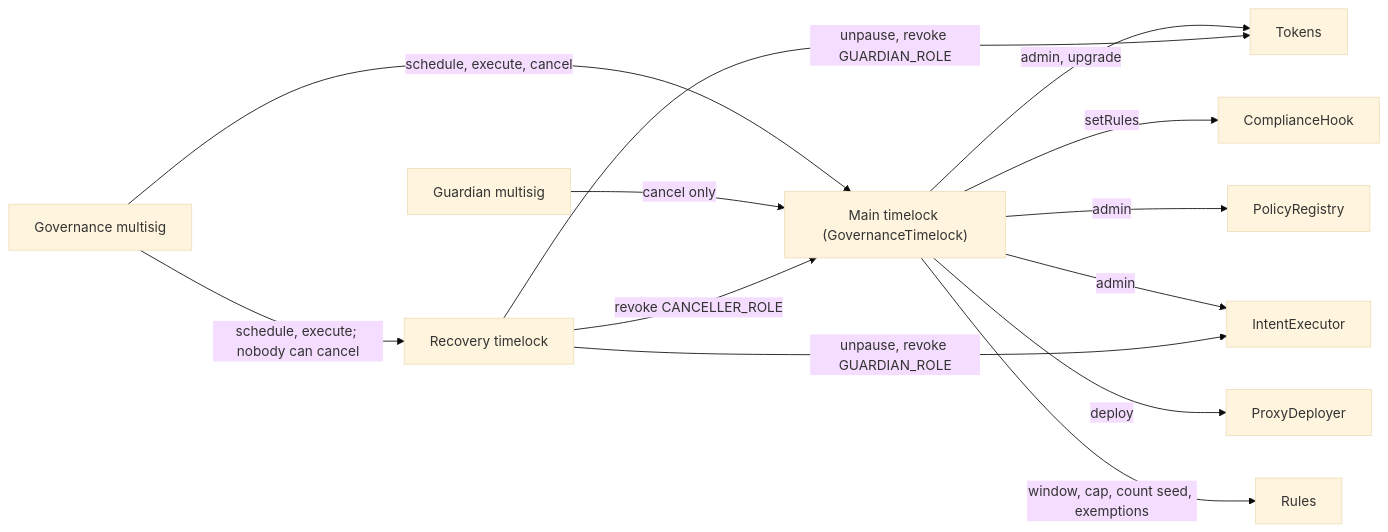
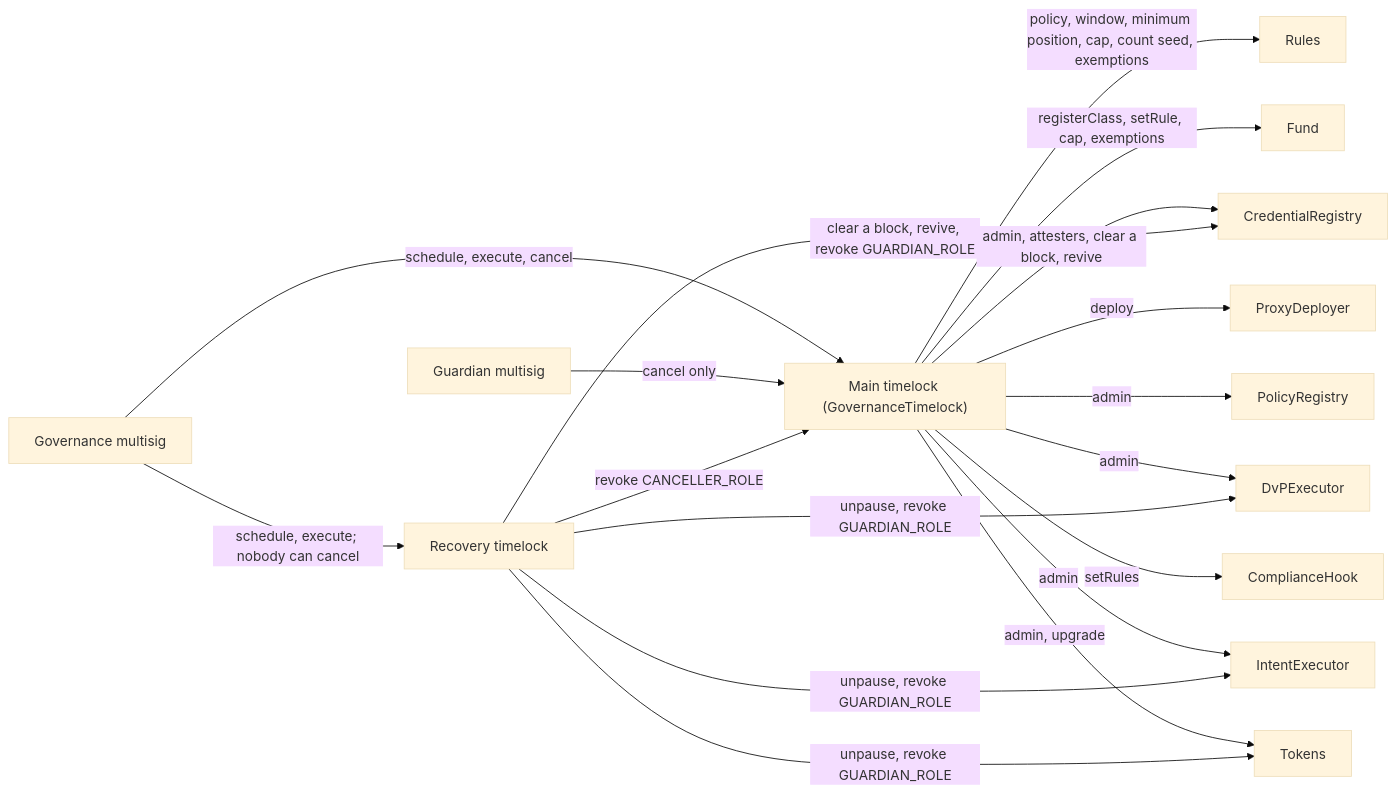
Before and after one commit to fepvenancio/rwa-token: the first of 2 diagrams in docs/roles.md, drawn with Mermaid (base theme). The commit also changed other lines of this file and 116 other files, not shown here.

First line of the commit message:
Fund layer, DvP, review items, credential layer and the ProxyDeployer check (#3)

````diff
--- a/docs/roles.md
+++ b/docs/roles.md
@@ -56,15 +58,20 @@
 ```mermaid
 flowchart LR
   Gov["Governance multisig"] -->|"schedule, execute, cancel"| TL["Main timelock (GovernanceTimelock)"]
   Guard["Guardian multisig"] -->|"cancel only"| TL
   TL -->|"admin, upgrade"| Tokens["Tokens"]
   TL -->|"setRules"| Hook["ComplianceHook"]
   TL -->|"admin"| Reg["PolicyRegistry"]
   TL -->|"admin"| Exec["IntentExecutor"]
+  TL -->|"admin"| DvP["DvPExecutor"]
+  TL -->|"admin, attesters, clear a block, revive"| CReg["CredentialRegistry"]
   TL -->|"deploy"| PD["ProxyDeployer"]
-  TL -->|"window, cap, count seed, exemptions"| Rules["Rules"]
+  TL -->|"registerClass, setRule, cap, exemptions"| Fund["Fund"]
+  TL -->|"policy, window, minimum position, cap, count seed, exemptions"| Rules["Rules"]
   Gov -->|"schedule, execute; nobody can cancel"| RTL["Recovery timelock"]
   RTL -->|"unpause, revoke GUARDIAN_ROLE"| Tokens
   RTL -->|"unpause, revoke GUARDIAN_ROLE"| Exec
+  RTL -->|"unpause, revoke GUARDIAN_ROLE"| DvP
+  RTL -->|"clear a block, revive, revoke GUARDIAN_ROLE"| CReg
   RTL -->|"revoke CANCELLER_ROLE"| TL
 ```
````
